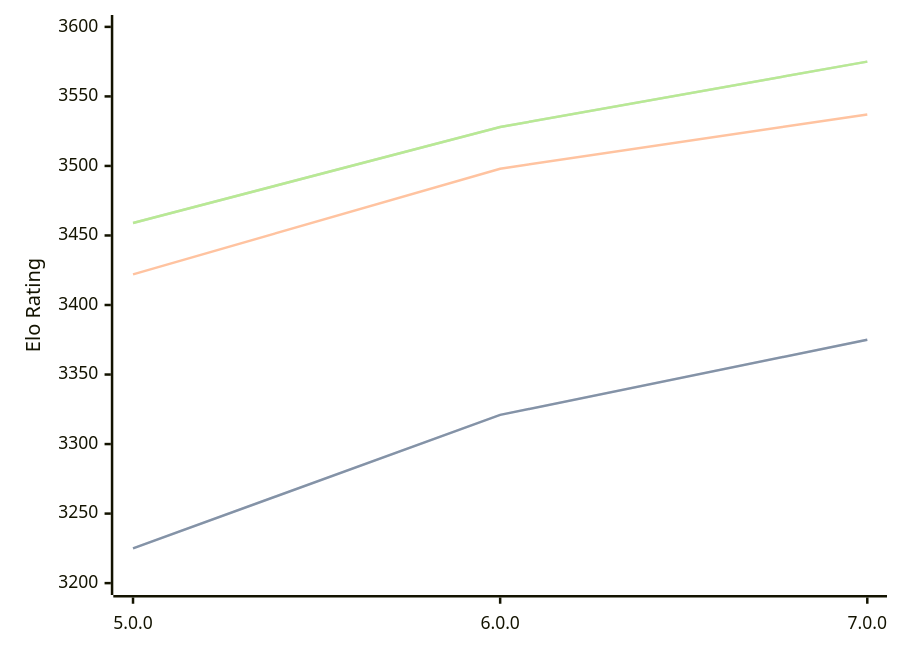
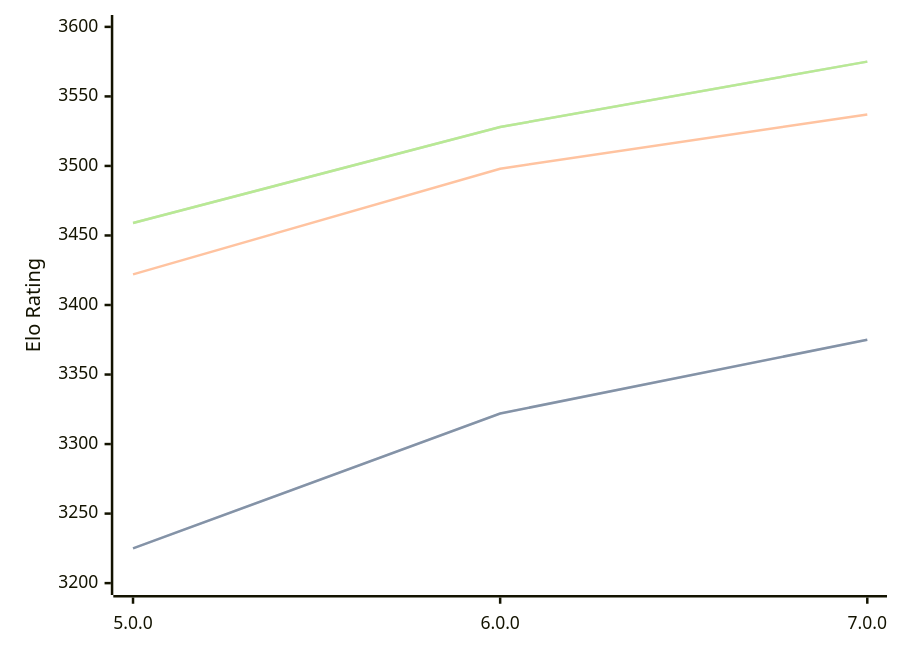
One commit to computer-chess-index/cci changed the diagram in engines/Stormphrax.md. Above: the diagram before and after it, drawn with Mermaid. The commit also changed other lines of this file, not shown here.

````diff
--- a/engines/Stormphrax.md
+++ b/engines/Stormphrax.md
@@ -38,11 +38,11 @@
 ```mermaid
 %%{init: {"theme":"base","themeVariables":{"seriesColors:['#a3a3a3','#222221','#faa371']}}}%%
 xychart-beta
   x-axis ["5.0.0", "6.0.0", "7.0.0"]
   y-axis "Elo Rating" 3200 --> 3600
-  line "STC (8.0+0.08s)" [3225, 3321, 3375]
-  line "STC (8.0+0.08s)" [3225, 3321, 3375]
+  line "STC (8.0+0.08s)" [3225, 3322, 3375]
+  line "STC (8.0+0.08s)" [3225, 3322, 3375]
   line "LTC (60.0+0.60s)" [3422, 3498, 3537]
   line "VLTC (2m24s+1.12s)" [3459, 3528, 3575]
   line "VLTC (2m24s+1.12s)" [3459, 3528, 3575]
 ```
````
